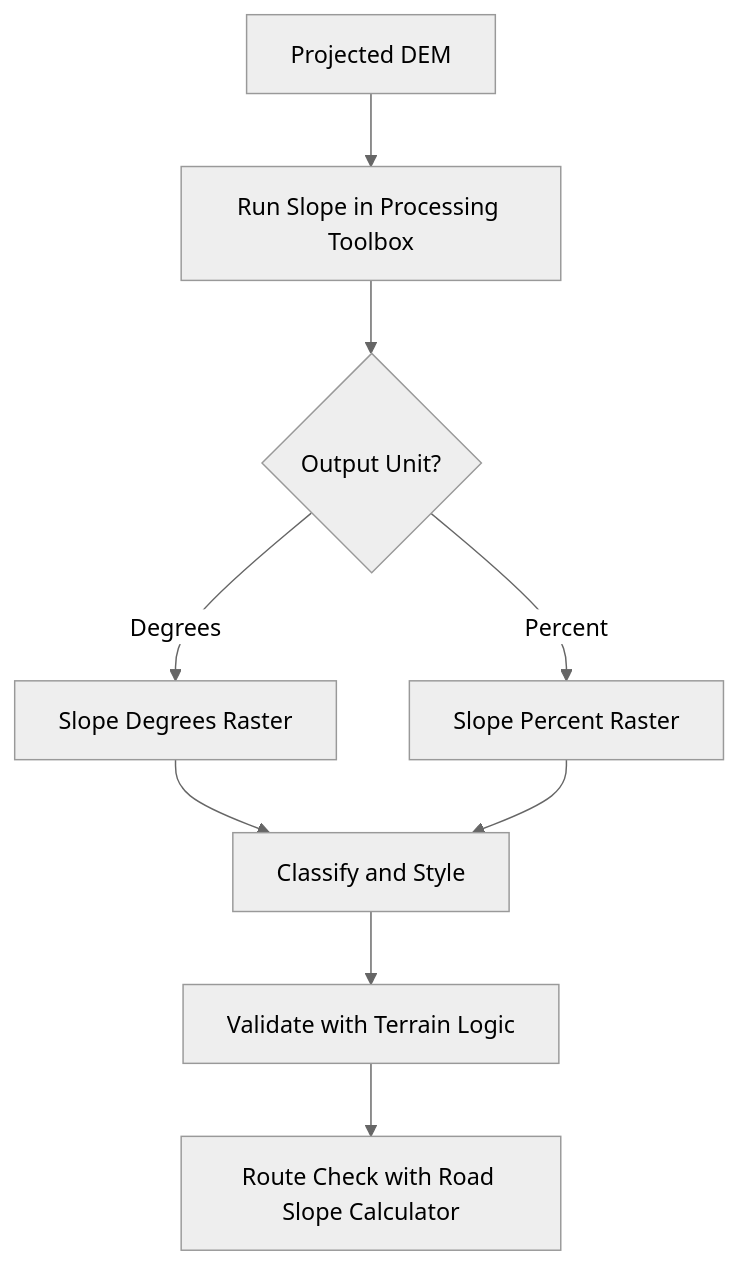
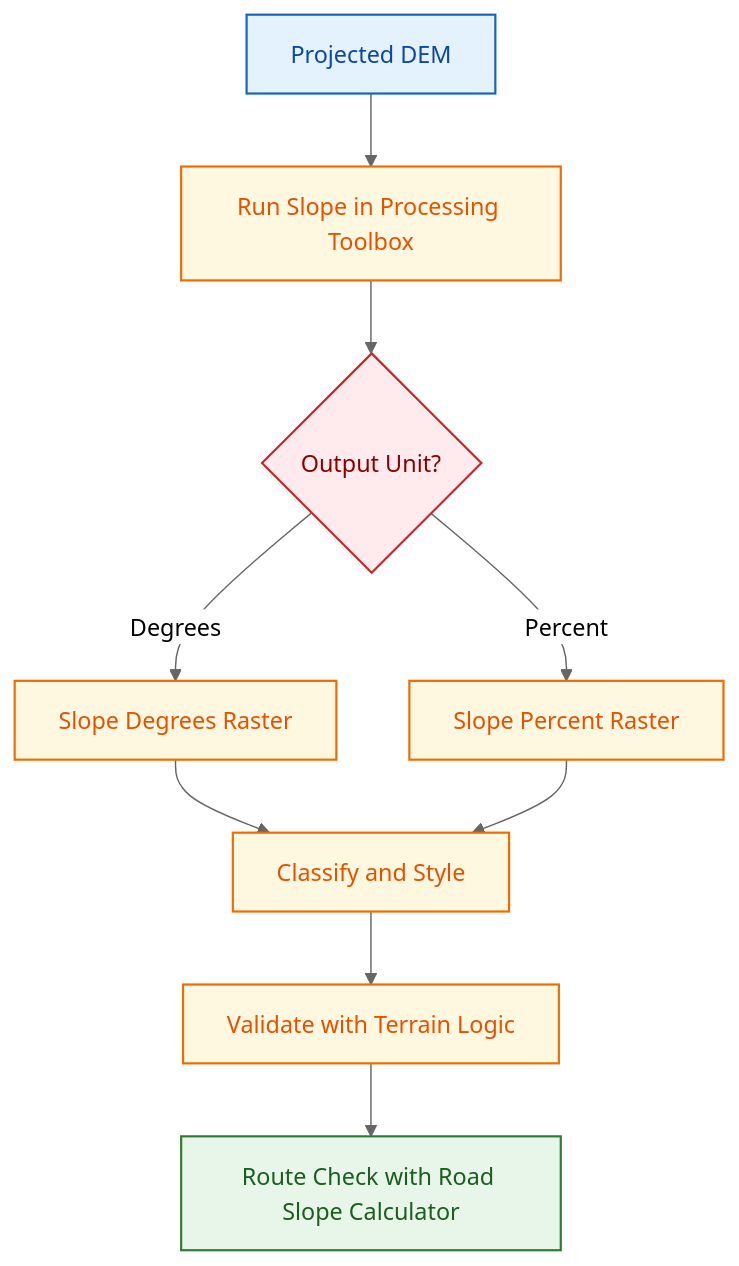
The second of 4 diagrams in docs/qgis-gep-reference.md (PrathamGitHub/Geo-CAD-Practical-Reference), drawn with Mermaid (neutral theme) before and after one commit. The commit also changed other lines of this file and 7 other files, not shown here.

Commit message:
Enhance documentation with updated flowcharts and class definitions for improved clarity and usability across AutoCAD Civil 3D, Excel 365, Google Earth Pro, OneDrive, and QGIS workflows.

````diff
--- a/docs/qgis-gep-reference.md
+++ b/docs/qgis-gep-reference.md
@@ -186,11 +195,21 @@
 ```mermaid
 flowchart TD
 	A[Projected DEM] --> B[Run Slope in Processing Toolbox]
 	B --> C{Output Unit?}
 	C -->|Degrees| D[Slope Degrees Raster]
 	C -->|Percent| E[Slope Percent Raster]
 	D --> F[Classify and Style]
 	E --> F
 	F --> G[Validate with Terrain Logic]
 	G --> H[Route Check with Road Slope Calculator]
+
+	classDef input fill:#e3f2fd,stroke:#1565c0,stroke-width:1.5px,color:#0d47a1;
+	classDef process fill:#fff8e1,stroke:#ef6c00,stroke-width:1.5px,color:#e65100;
+	classDef decision fill:#ffebee,stroke:#c62828,stroke-width:1.5px,color:#8e0000;
+	classDef output fill:#e8f5e9,stroke:#2e7d32,stroke-width:1.5px,color:#1b5e20;
+
+	class A input;
+	class B,D,E,F,G process;
+	class C decision;
+	class H output;
 ```
````
